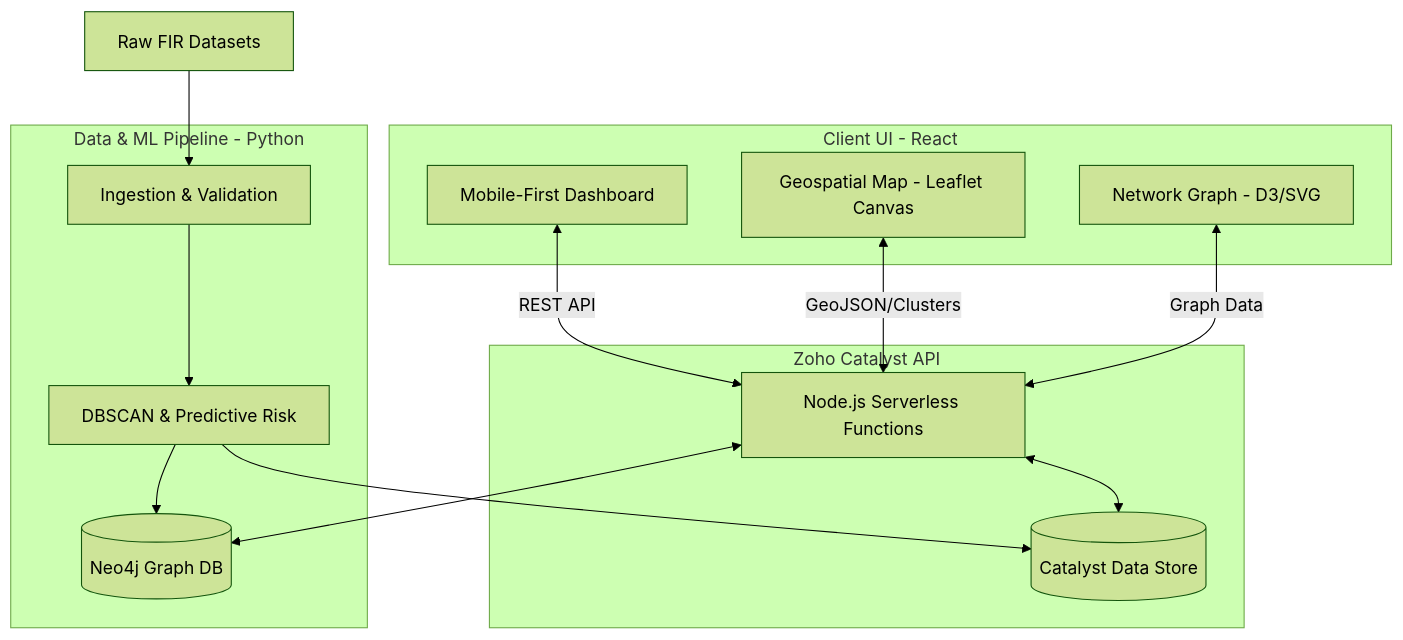
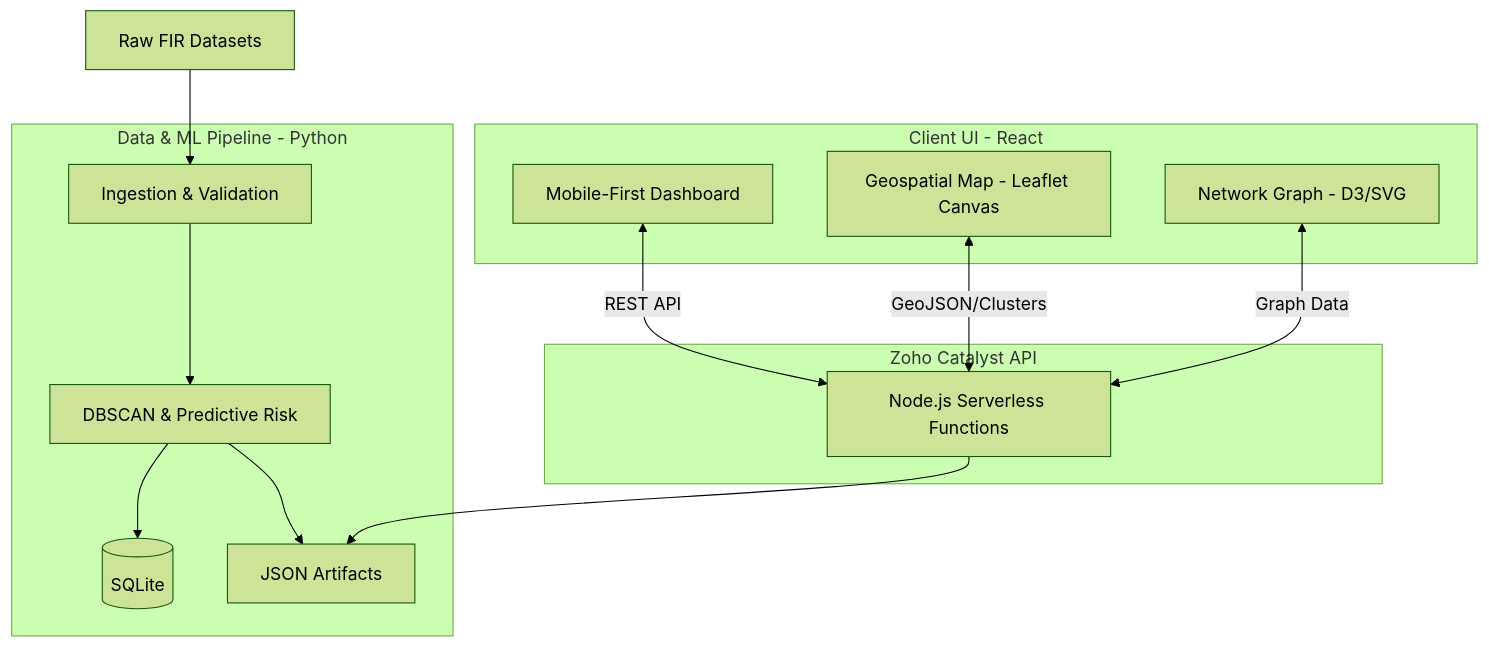
Before and after one commit to arnav-eluri/crime_dna: the first of 4 diagrams in README.md, drawn with Mermaid (forest theme). The commit also changed other lines of this file and 1 other file, not shown here.

````diff
--- a/README.md
+++ b/README.md
@@ -47,31 +47,30 @@
 ```mermaid
 graph TD
     subgraph Frontend [Client UI - React]
         UI[Mobile-First Dashboard]
         Map[Geospatial Map - Leaflet Canvas]
         Net[Network Graph - D3/SVG]
     end
 
     subgraph Backend [Zoho Catalyst API]
         API[Node.js Serverless Functions]
-        DB[(Catalyst Data Store)]
     end
 
     subgraph DataPipeline [Data & ML Pipeline - Python]
         ETL[Ingestion & Validation]
         ML[DBSCAN & Predictive Risk]
-        Neo[(Neo4j Graph DB)]
+        DB[(SQLite)]
+        JSON[JSON Artifacts]
     end
 
     UI <-->|REST API| API
     Map <-->|GeoJSON/Clusters| API
     Net <-->|Graph Data| API
 
-    API <--> DB
-    API <--> Neo
+    API --> JSON
 
     Raw[Raw FIR Datasets] --> ETL
     ETL --> ML
     ML --> DB
-    ML --> Neo
+    ML --> JSON
 ```
````
